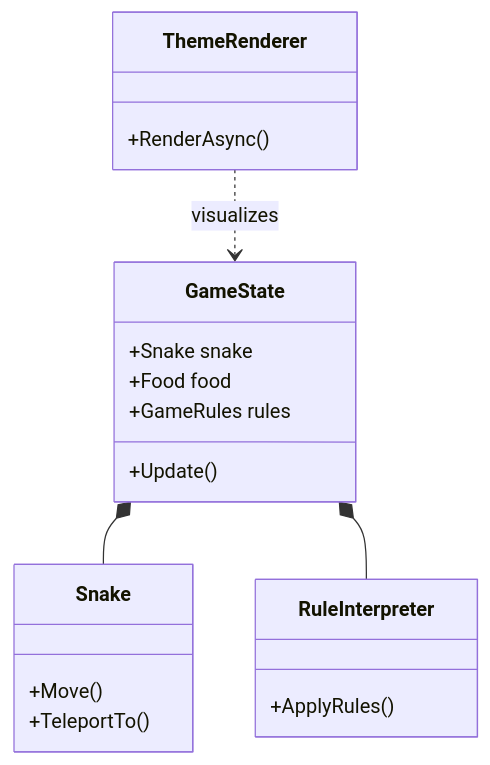
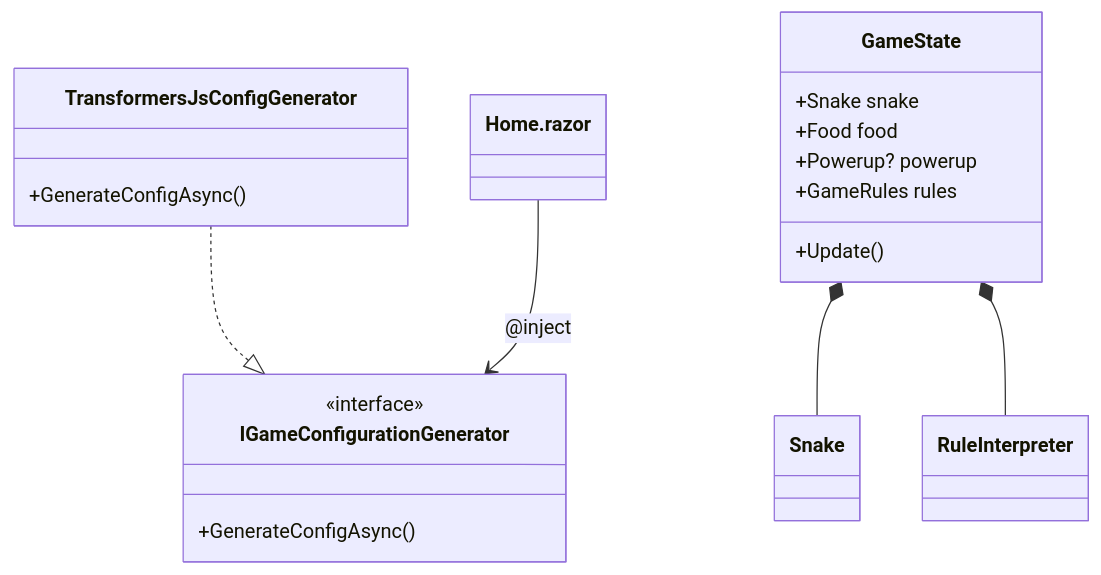
Before and after one commit to vasireddy/AISnakeGame: the diagram in docs/07-project-architecture.md, drawn with Mermaid. The commit also changed other lines of this file and 19 other files, not shown here.

First line of the commit message:
Finalize AI Snake Studio with Clean Architecture and Powerups.

````diff
--- a/docs/07-project-architecture.md
+++ b/docs/07-project-architecture.md
@@ -37,23 +17,22 @@
 ```mermaid
 classDiagram
+    class IGameConfigurationGenerator {
+        <<interface>>
+        +GenerateConfigAsync()
+    }
+    class TransformersJsConfigGenerator {
+        +GenerateConfigAsync()
+    }
     class GameState {
         +Snake snake
         +Food food
+        +Powerup? powerup
         +GameRules rules
         +Update()
     }
-    class Snake {
-        +Move()
-        +TeleportTo()
-    }
-    class RuleInterpreter {
-        +ApplyRules()
-    }
-    class ThemeRenderer {
-        +RenderAsync()
-    }
 
+    TransformersJsConfigGenerator ..|> IGameConfigurationGenerator
+    Home.razor --> IGameConfigurationGenerator : @inject
     GameState *-- Snake
     GameState *-- RuleInterpreter
-    ThemeRenderer ..> GameState : visualizes
 ```
````
